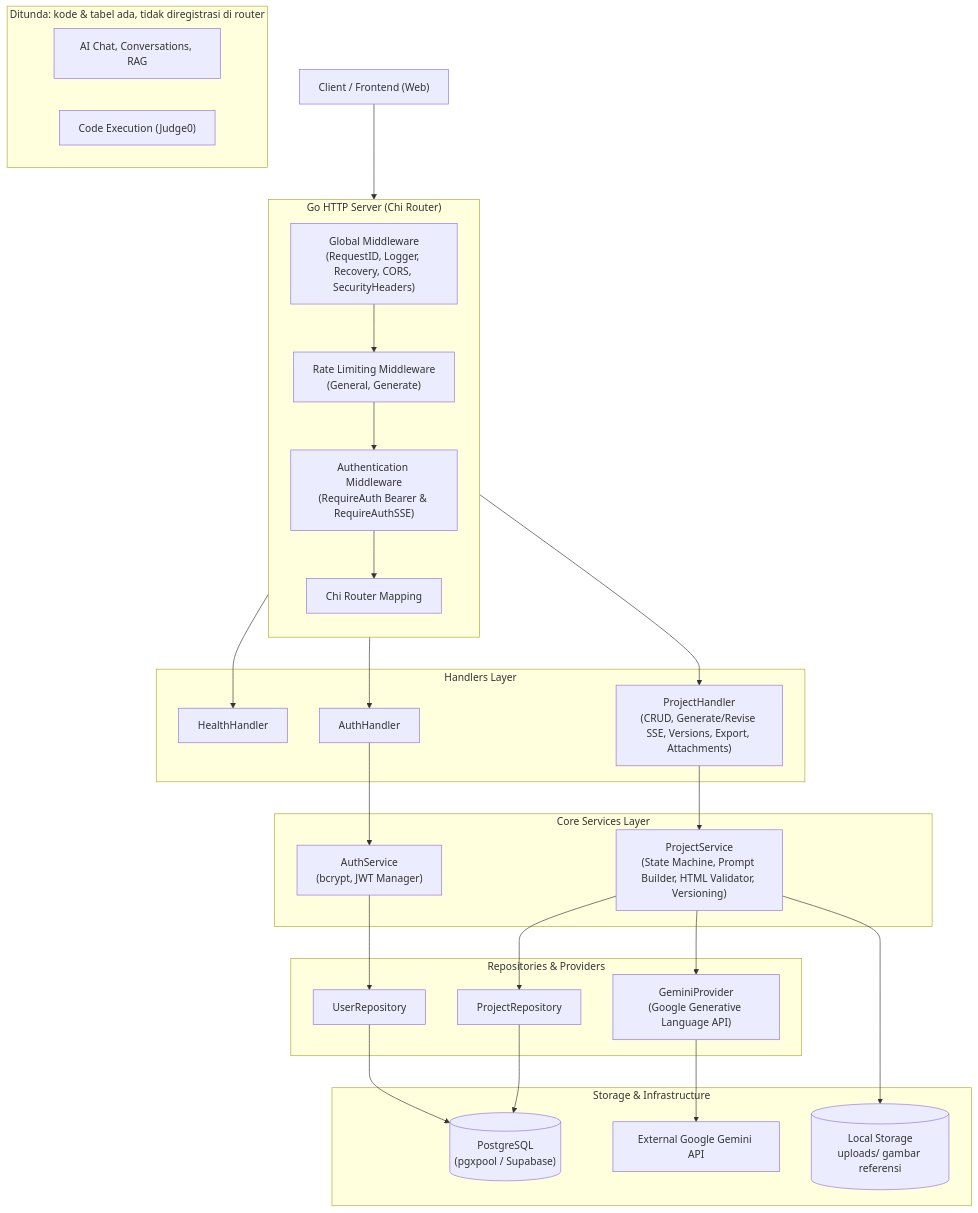
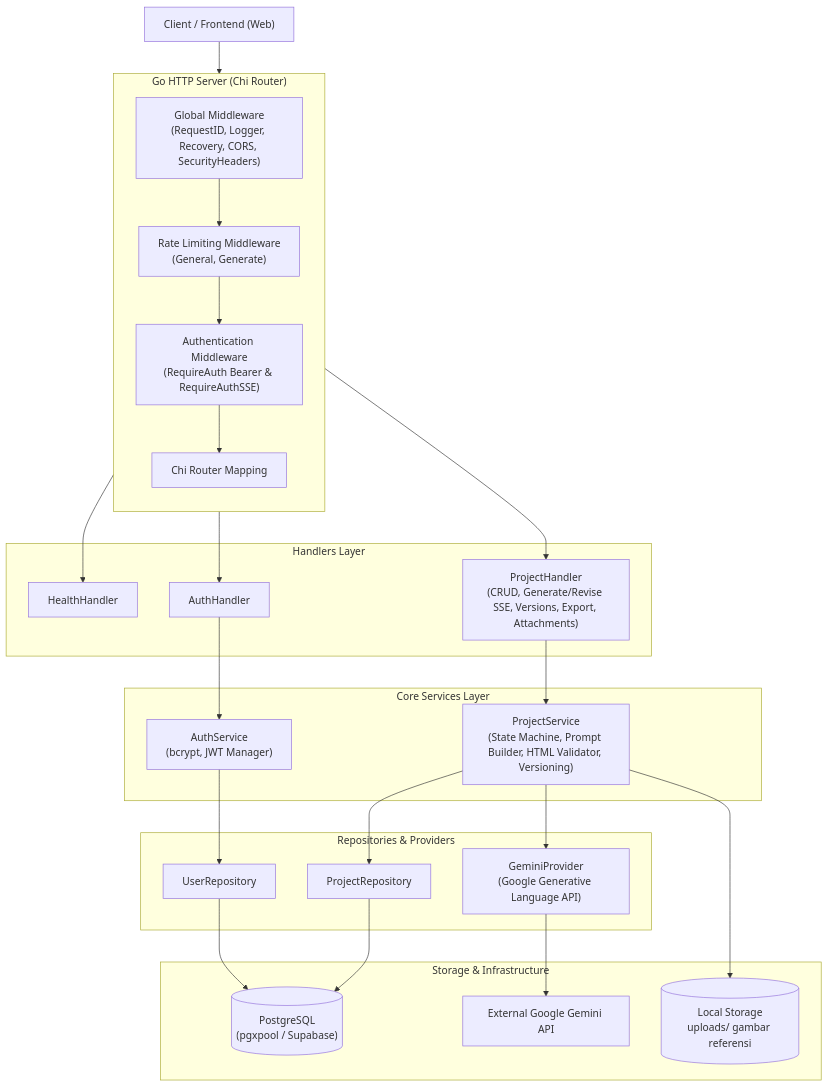
Before and after one commit to Abshoor24/NusaAI-BE: the first of 3 diagrams in docs/architecture.md, drawn with Mermaid. The commit also changed other lines of this file and 8 other files, not shown here.

````diff
--- a/docs/architecture.md
+++ b/docs/architecture.md
@@ -43,61 +43,56 @@
 ```mermaid
 flowchart TD
     Client["Client / Frontend (Web)"]
 
     subgraph Server["Go HTTP Server (Chi Router)"]
         direction TB
         MW_Global["Global Middleware<br>(RequestID, Logger, Recovery, CORS, SecurityHeaders)"]
         MW_RateLimit["Rate Limiting Middleware<br>(General, Generate)"]
         MW_Auth["Authentication Middleware<br>(RequireAuth Bearer & RequireAuthSSE)"]
         Router["Chi Router Mapping"]
     end
 
     subgraph Handlers["Handlers Layer"]
         H_Health["HealthHandler"]
         H_Auth["AuthHandler"]
         H_Project["ProjectHandler<br>(CRUD, Generate/Revise SSE, Versions, Export, Attachments)"]
     end
 
     subgraph Services["Core Services Layer"]
         S_Auth["AuthService<br>(bcrypt, JWT Manager)"]
         S_Project["ProjectService<br>(State Machine, Prompt Builder, HTML Validator, Versioning)"]
     end
 
     subgraph Infra["Repositories & Providers"]
         R_User["UserRepository"]
         R_Project["ProjectRepository"]
         P_Gemini["GeminiProvider<br>(Google Generative Language API)"]
     end
 
     subgraph Storage["Storage & Infrastructure"]
         DB[("PostgreSQL<br>(pgxpool / Supabase)")]
         Disk[("Local Storage<br>uploads/ gambar referensi")]
         Ext_Gemini["External Google Gemini API"]
     end
 
-    subgraph Deferred["Ditunda: kode & tabel ada, tidak diregistrasi di router"]
-        D_AI["AI Chat, Conversations, RAG"]
-        D_Exec["Code Execution (Judge0)"]
-    end
-
     Client --> MW_Global
     MW_Global --> MW_RateLimit
     MW_RateLimit --> MW_Auth
     MW_Auth --> Router
 
     Router --> H_Health
     Router --> H_Auth
     Router --> H_Project
 
     H_Auth --> S_Auth
     H_Project --> S_Project
 
     S_Auth --> R_User
     S_Project --> R_Project
     S_Project --> P_Gemini
     S_Project --> Disk
 
     R_User --> DB
     R_Project --> DB
     P_Gemini --> Ext_Gemini
 ```
````
